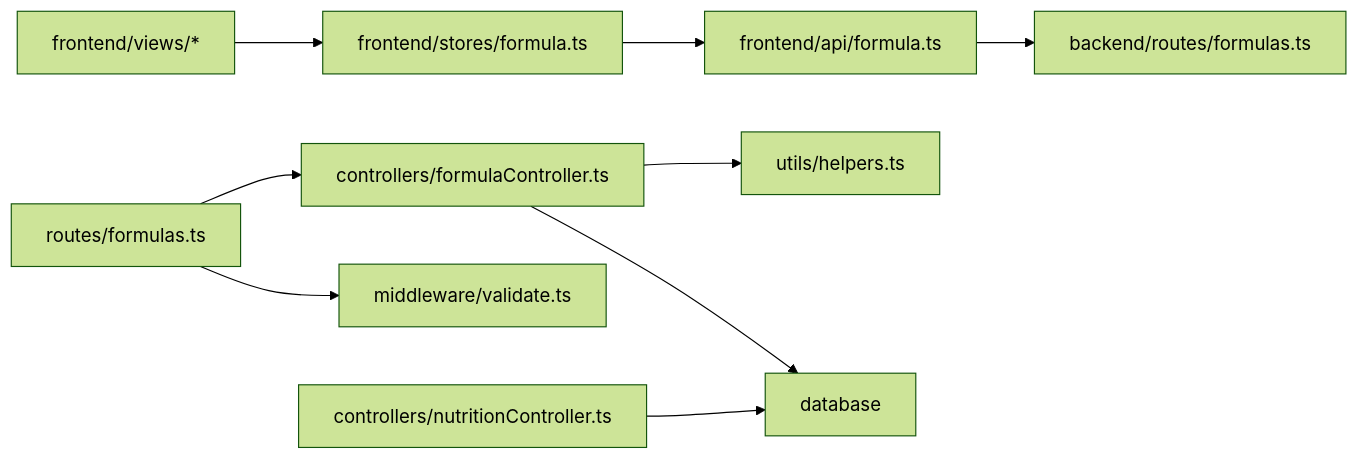
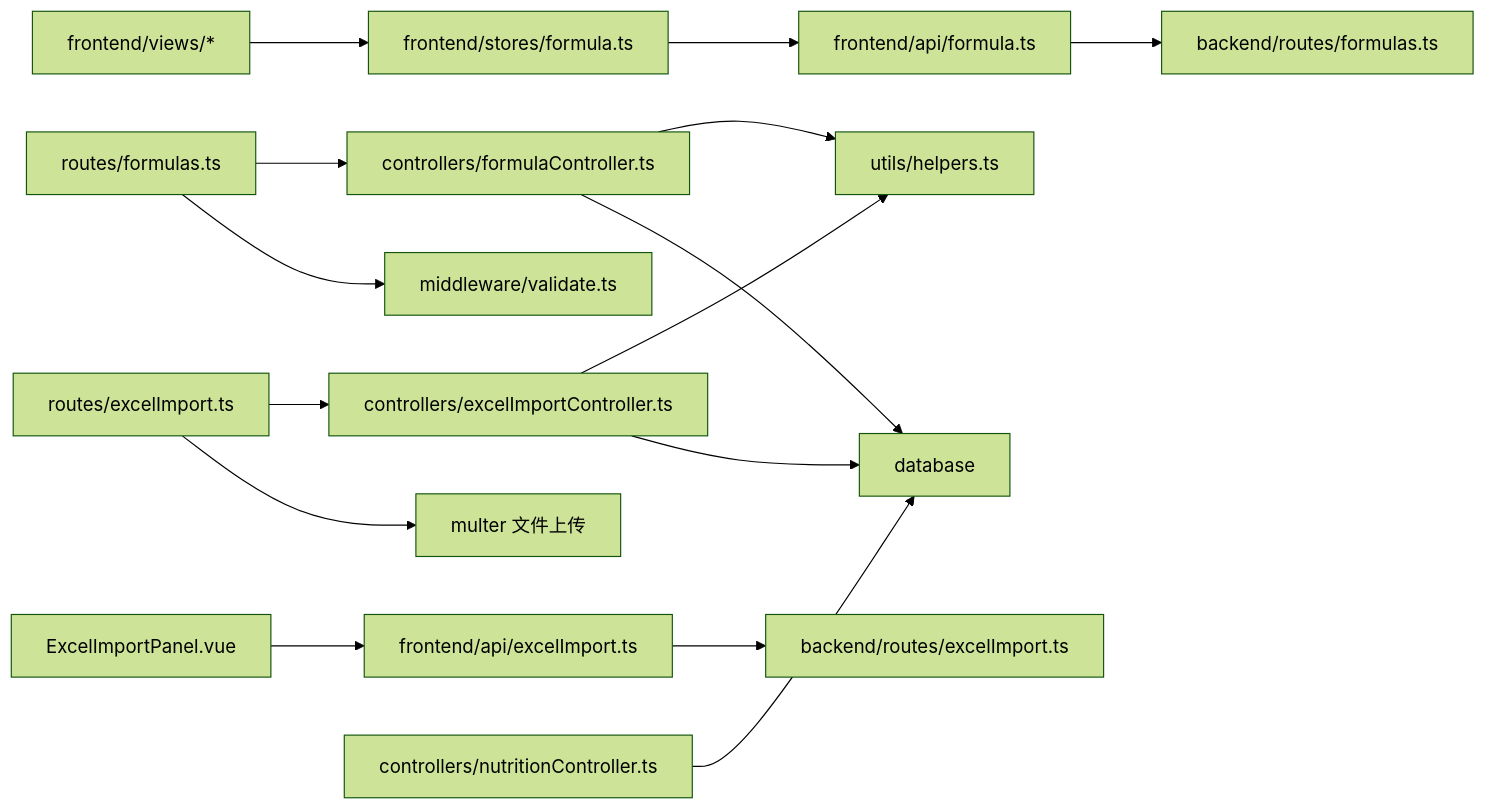
Before and after one commit to xpretycn/TingStudio: the tenth of 10 diagrams in .qoder/repowiki/zh/content/核心功能模块/配方管理系统/配方管理系统.md, drawn with Mermaid (forest theme). The commit also changed other lines of this file and 56 other files, not shown here.

````diff
--- a/.qoder/repowiki/zh/content/核心功能模块/配方管理系统/配方管理系统.md
+++ b/.qoder/repowiki/zh/content/核心功能模块/配方管理系统/配方管理系统.md
@@ -493,11 +609,17 @@
 ```mermaid
 graph LR
 Route["routes/formulas.ts"] --> Ctrl["controllers/formulaController.ts"]
+ExcelRoute["routes/excelImport.ts"] --> ExcelCtrl["controllers/excelImportController.ts"]
 Route --> Validate["middleware/validate.ts"]
+ExcelRoute --> Multer["multer 文件上传"]
 Ctrl --> Helpers["utils/helpers.ts"]
+ExcelCtrl --> Helpers
 FE_API["frontend/api/formula.ts"] --> BE_Route["backend/routes/formulas.ts"]
+FE_ExcelAPI["frontend/api/excelImport.ts"] --> BE_ExcelRoute["backend/routes/excelImport.ts"]
 FE_Store["frontend/stores/formula.ts"] --> FE_API
 FE_View["frontend/views/*"] --> FE_Store
+FE_ExcelPanel["ExcelImportPanel.vue"] --> FE_ExcelAPI
 Nutrition["controllers/nutritionController.ts"] --> DB["database"]
 Ctrl --> DB
+ExcelCtrl --> DB
 ```
````
